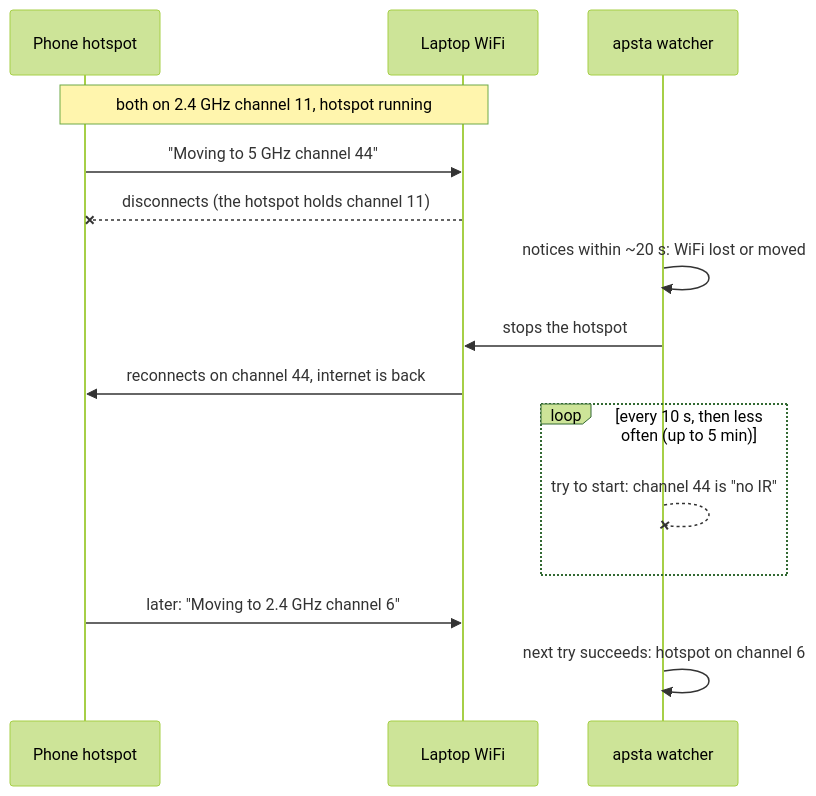
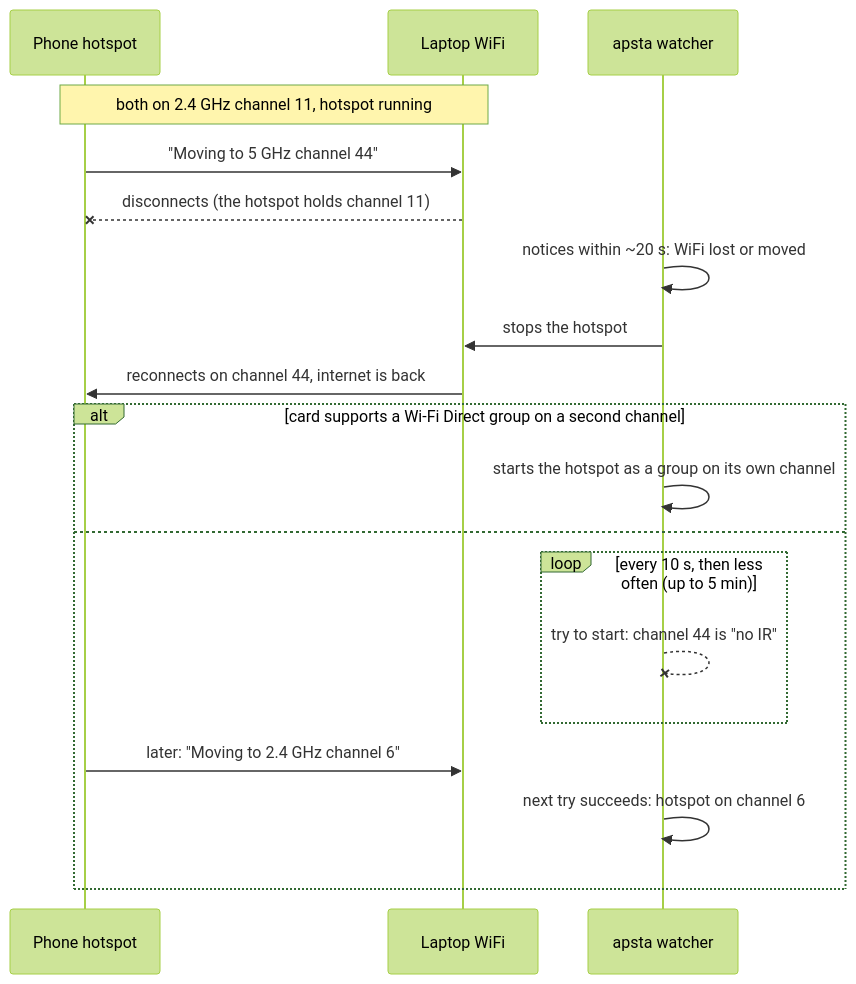
One commit to krotrn/apsta changed the second of 2 diagrams in docs/5ghz-wifi.md. Above: the diagram before and after it, drawn with Mermaid (forest theme). The commit also changed other lines of this file and 24 other files, not shown here.

First line of the commit message:
feat: Wi-Fi Direct fallback when the WiFi's channel can't host

````diff
--- a/docs/5ghz-wifi.md
+++ b/docs/5ghz-wifi.md
@@ -102,17 +110,21 @@
 ```mermaid
 sequenceDiagram
     participant P as Phone hotspot
     participant L as Laptop WiFi
     participant W as apsta watcher
     Note over P,L: both on 2.4 GHz channel 11, hotspot running
     P->>L: "Moving to 5 GHz channel 44"
     L--xP: disconnects (the hotspot holds channel 11)
     W->>W: notices within ~20 s: WiFi lost or moved
     W->>L: stops the hotspot
     L->>P: reconnects on channel 44, internet is back
-    loop every 10 s, then less often (up to 5 min)
-        W--xW: try to start: channel 44 is "no IR"
+    alt card supports a Wi-Fi Direct group on a second channel
+        W->>W: starts the hotspot as a group on its own channel
+    else
+        loop every 10 s, then less often (up to 5 min)
+            W--xW: try to start: channel 44 is "no IR"
+        end
+        P->>L: later: "Moving to 2.4 GHz channel 6"
+        W->>W: next try succeeds: hotspot on channel 6
     end
-    P->>L: later: "Moving to 2.4 GHz channel 6"
-    W->>W: next try succeeds: hotspot on channel 6
 ```
````
